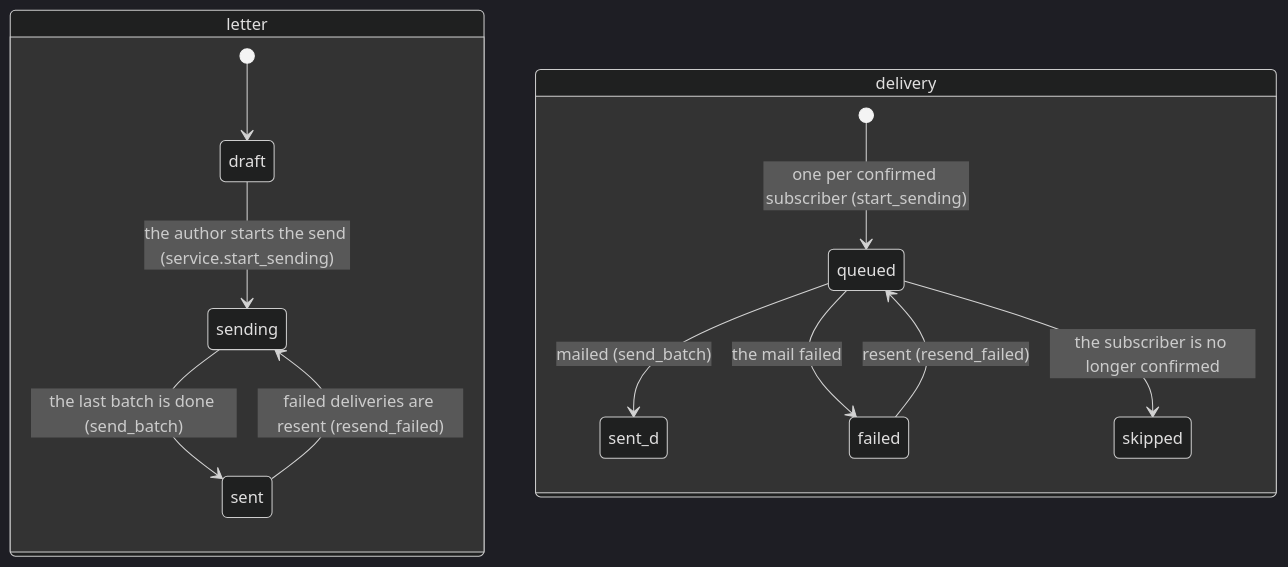
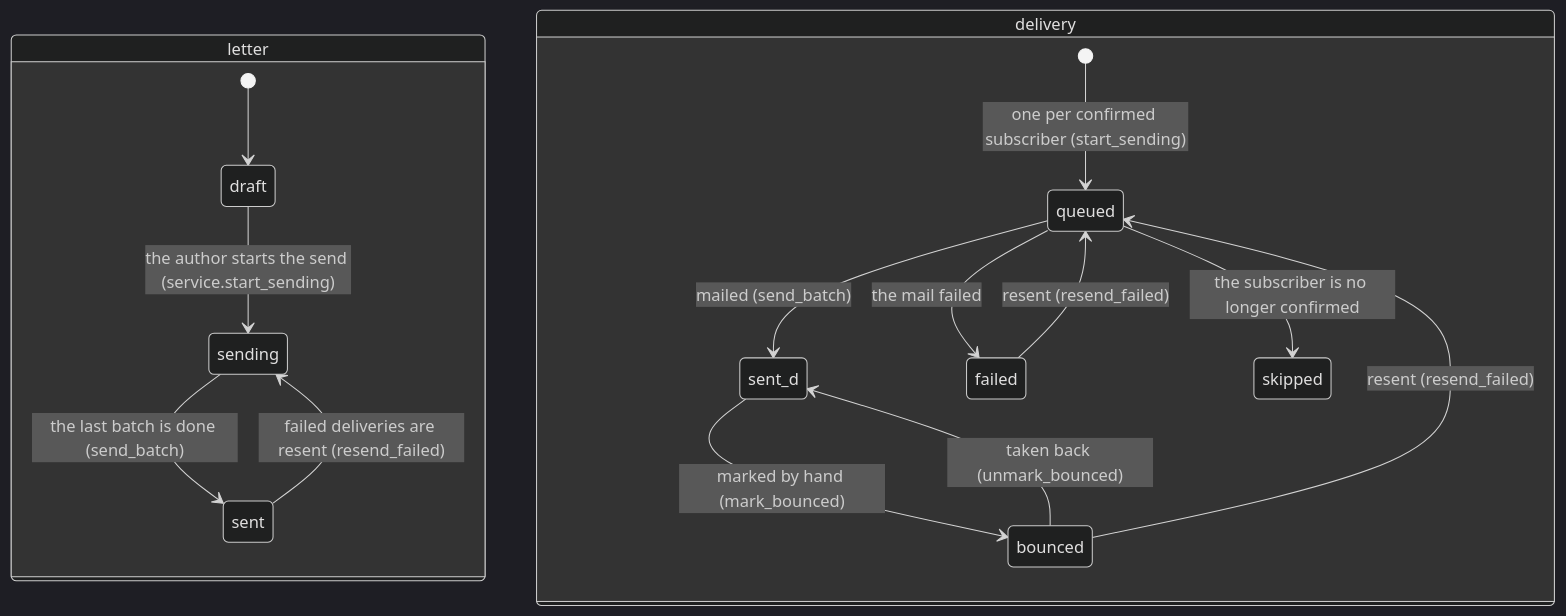
Before and after one commit to KoenRenders/KoenTest: the first of 2 diagrams in backend/app/domains/newsletter/CONTRACT.md, drawn with Mermaid (dark theme). The commit also changed 16 other files, not shown here.

First line of the commit message:
feat(newsletter): mark a delivery as bounced and send it again (#2188)

````diff
--- a/backend/app/domains/newsletter/CONTRACT.md
+++ b/backend/app/domains/newsletter/CONTRACT.md
@@ -76,16 +76,19 @@
 ```mermaid
 stateDiagram-v2
   state letter {
     [*] --> draft
     draft --> sending : the author starts the send (service.start_sending)
     sending --> sent : the last batch is done (send_batch)
     sent --> sending : failed deliveries are resent (resend_failed)
   }
   state delivery {
     [*] --> queued : one per confirmed subscriber (start_sending)
     queued --> sent_d : mailed (send_batch)
     queued --> failed : the mail failed
     queued --> skipped : the subscriber is no longer confirmed
     failed --> queued : resent (resend_failed)
+    sent_d --> bounced : marked by hand (mark_bounced)
+    bounced --> sent_d : taken back (unmark_bounced)
+    bounced --> queued : resent (resend_failed)
   }
 ```
````
